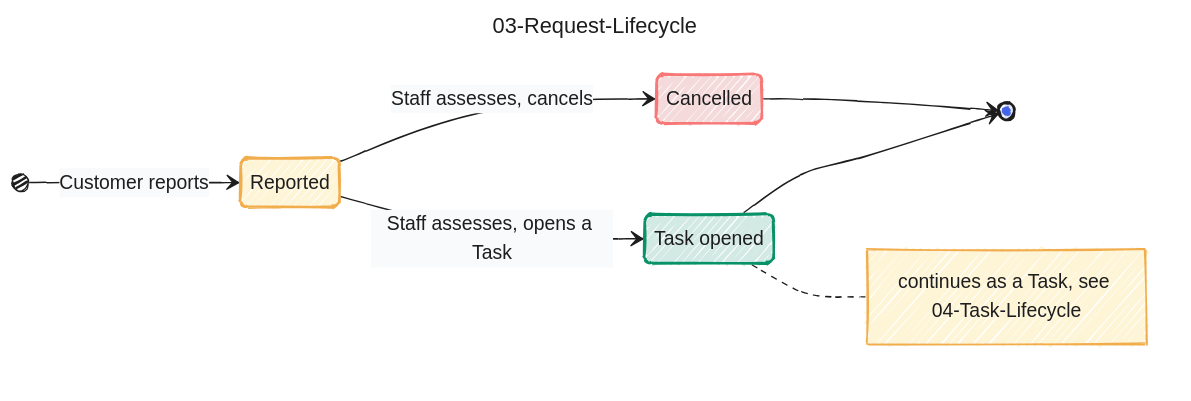
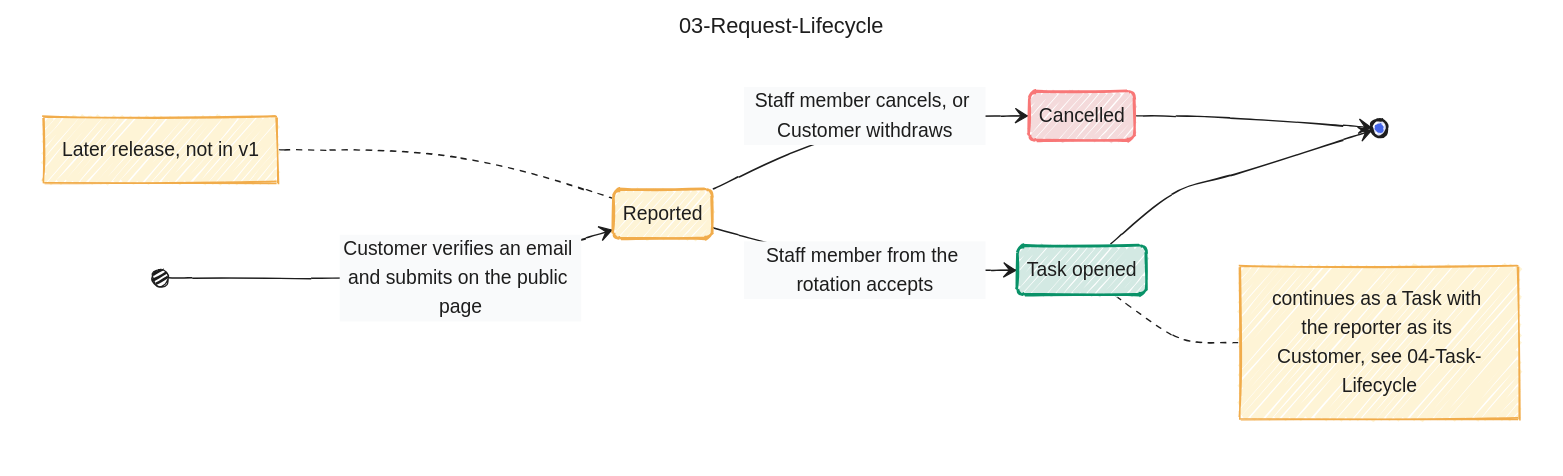
The diagram in docs/diagram/03-Request-Lifecycle.md (jedt3d/tasuku), drawn with Mermaid before and after one commit. The commit also changed other lines of this file and 19 other files, not shown here.

First line of the commit message:
docs: settle the open diagram gaps and close sign-up

```diff
--- a/docs/diagram/03-Request-Lifecycle.md
+++ b/docs/diagram/03-Request-Lifecycle.md
@@ -81,15 +81,17 @@
 stateDiagram-v2
   direction LR
   state "Task opened" as TaskOpened
-  [*] --> Reported : Customer reports
-  Reported --> TaskOpened : Staff assesses, opens a Task
-  Reported --> Cancelled : Staff assesses, cancels
+  [*] --> Reported : Customer verifies an email and submits on the public page
+  Reported --> TaskOpened : Staff member from the rotation accepts
+  Reported --> Cancelled : Staff member cancels, or Customer withdraws
   TaskOpened --> [*]
   Cancelled --> [*]
-  note right of TaskOpened : continues as a Task, see 04-Task-Lifecycle
+  note right of TaskOpened : continues as a Task with the reporter as its Customer, see 04-Task-Lifecycle
+  note left of Reported : Later release, not in v1
   class Reported yellow
   class TaskOpened green
   class Cancelled lred
+
 
   classDef blue    fill:#dce1f8,stroke:#4465e9,stroke-width:2px,color:#1d1d1d
   classDef lblue   fill:#ddeefc,stroke:#4ba1f1,stroke-width:2px,color:#1d1d1d
```
